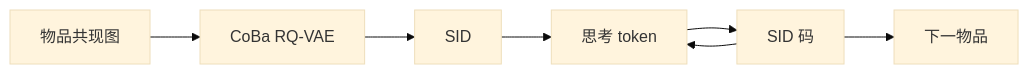
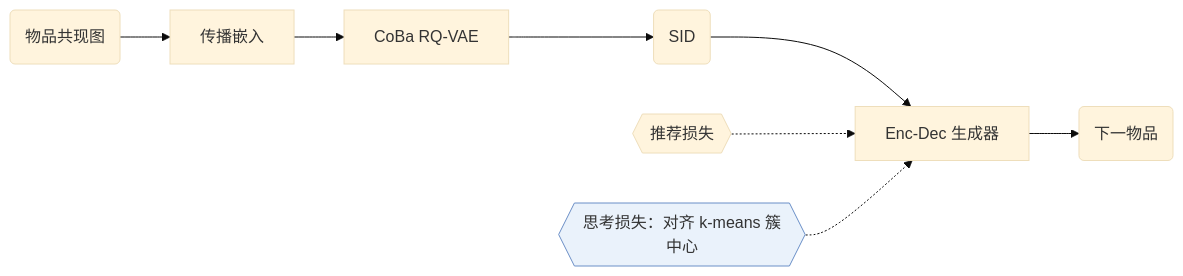
Before and after one commit to Galaxy-ghost/Awesome-SID-Generative-Rec: the first of 2 diagrams in notes/zh/s2gr.md, drawn with Mermaid (base theme). The commit also changed other lines of this file and 521 other files, not shown here.

Commit message:
writer-04 part 3: algorithm diagrams with shared shape conventions, README hero and paper cards, archive removed

````diff
--- a/notes/zh/s2gr.md
+++ b/notes/zh/s2gr.md
@@ -11,9 +11,11 @@
 ```mermaid
 flowchart LR
-    A[物品共现图] --> B[CoBa RQ-VAE]
-    B --> C[SID]
-    C --> D[思考 token]
-    D --> E[SID 码]
-    E --> D
-    E --> F[下一物品]
+    A("物品共现图") --> B["传播嵌入"]
+    B --> C["CoBa RQ-VAE"]
+    C --> D("SID")
+    D --> E["Enc-Dec 生成器"]
+    L1{{"推荐损失"}} -.-> E
+    L2{{"思考损失：对齐 k-means 簇中心"}}:::key -.-> E
+    E --> F("下一物品")
+    classDef key fill:#eaf2fb,stroke:#6b8fc7
 ```
````
